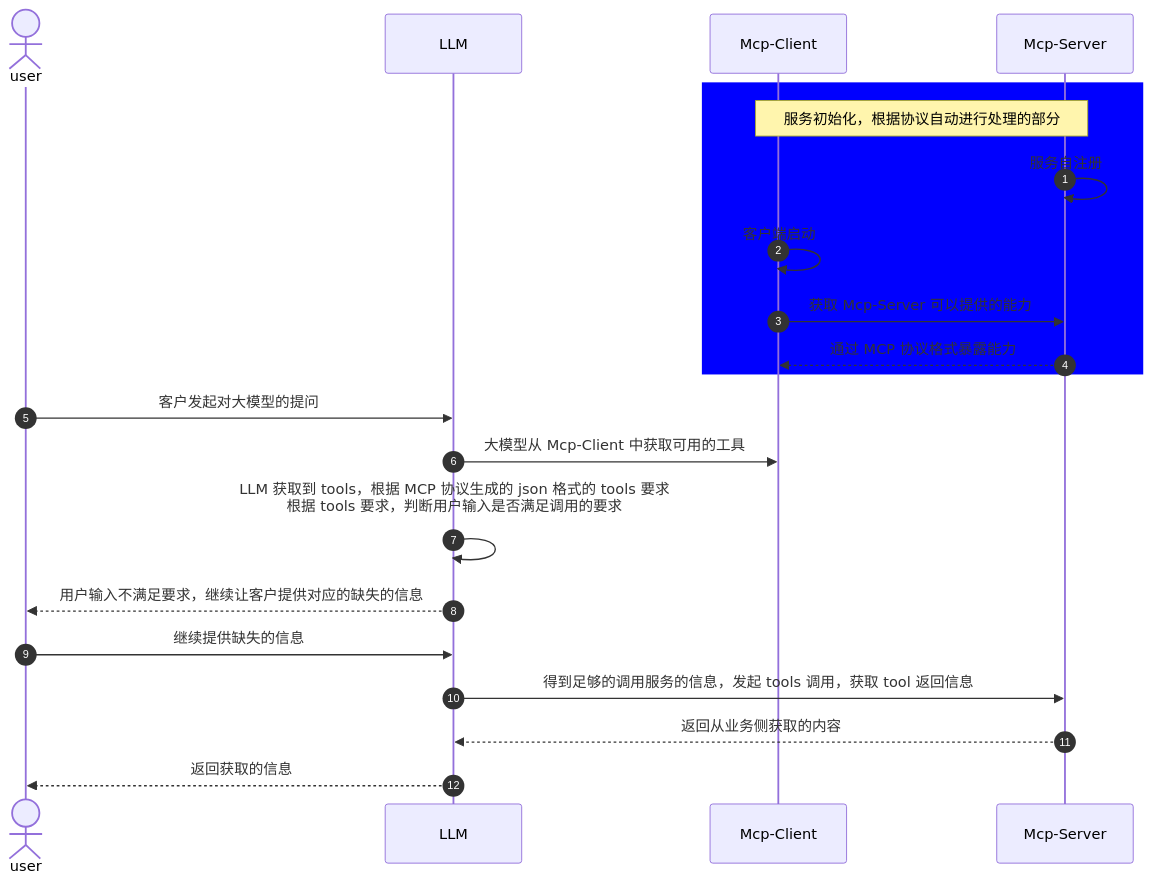
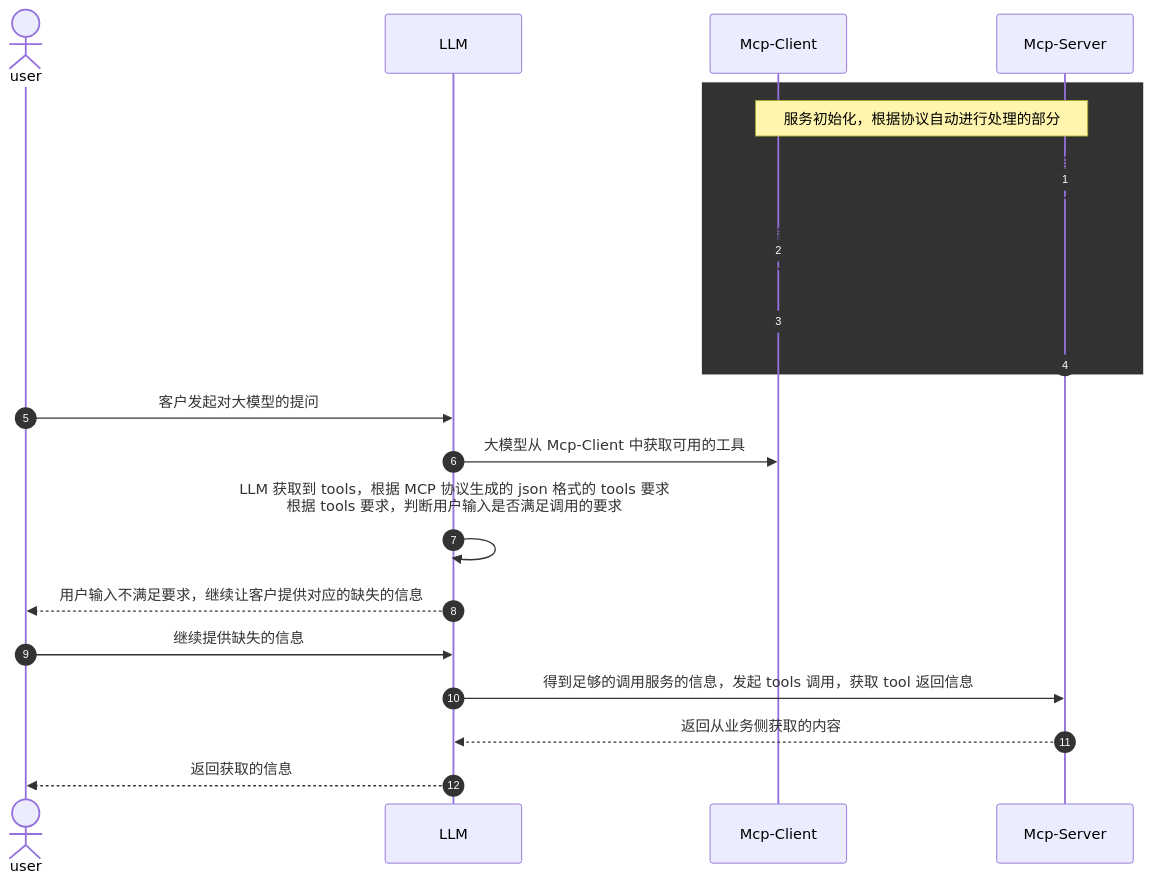
Before and after one commit to blueair5/spring-ai-learn: the diagram in spring-ai-mcp-example/README.md, drawn with Mermaid.

Commit message:
调整 mcp 示例图颜色

````diff
--- a/spring-ai-mcp-example/README.md
+++ b/spring-ai-mcp-example/README.md
@@ -10,27 +10,27 @@
 ```mermaid
 sequenceDiagram
     autonumber
     actor user
     participant LLM
     participant Mcp-Client
 participant Mcp-Server
 
-rect blue
+rect rgb(50, 50, 50)
 note over Mcp-Server, Mcp-Client: 服务初始化，根据协议自动进行处理的部分
 Mcp-Server ->> Mcp-Server: 服务自注册
 Mcp-Client ->> Mcp-Client: 客户端启动
 Mcp-Client ->> Mcp-Server: 获取 Mcp-Server 可以提供的能力
 Mcp-Server -->> Mcp-Client:  通过 MCP 协议格式暴露能力
 end
 
 user ->> LLM: 客户发起对大模型的提问
 LLM ->> Mcp-Client: 大模型从 Mcp-Client 中获取可用的工具
 LLM ->> LLM: LLM 获取到 tools，根据 MCP 协议生成的 json 格式的 tools 要求 <br/> 根据 tools 要求，判断用户输入是否满足调用的要求 <br/>
 
 LLM -->> user: 用户输入不满足要求，继续让客户提供对应的缺失的信息
 user ->> LLM: 继续提供缺失的信息
 LLM ->> Mcp-Server: 得到足够的调用服务的信息，发起 tools 调用，获取 tool 返回信息
 Mcp-Server -->> LLM: 返回从业务侧获取的内容
 
 LLM -->> user: 返回获取的信息
 ```
````
